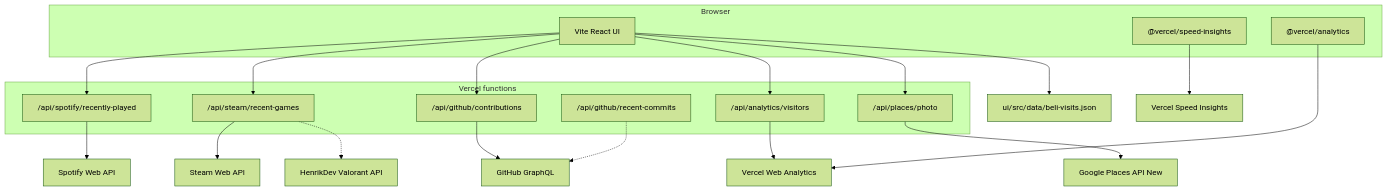
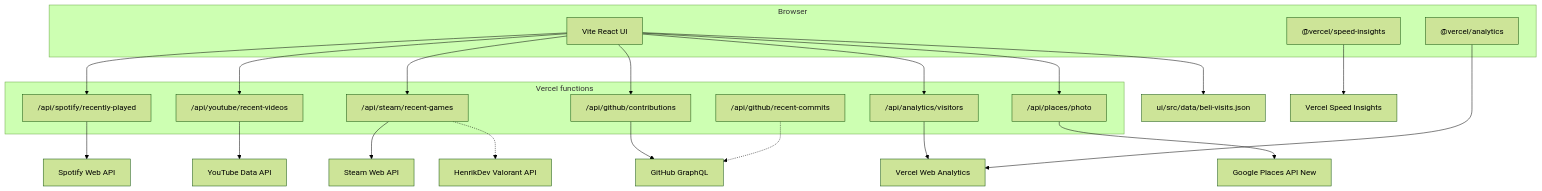
The first of 3 diagrams in README.md (DeveshKrishan/deveshkrishan.github.io), drawn with Mermaid (forest theme) before and after one commit. The commit also changed other lines of this file and 11 other files, not shown here.

Commit message:
feat: show recent YouTube uploads on the homepage

````diff
--- a/README.md
+++ b/README.md
@@ -16,30 +16,32 @@
 ```mermaid
 flowchart TB
   subgraph browser [Browser]
     UI[Vite React UI]
     Analytics["@vercel/analytics"]
     Speed["@vercel/speed-insights"]
   end
 
   subgraph vercelFns [Vercel functions]
     SpotifyAPI["/api/spotify/recently-played"]
+    YoutubeAPI["/api/youtube/recent-videos"]
     SteamAPI["/api/steam/recent-games"]
     GithubHeatmap["/api/github/contributions"]
     GithubCommits["/api/github/recent-commits"]
     VisitorsAPI["/api/analytics/visitors"]
     PlacesAPI["/api/places/photo"]
   end
 
   BeliJSON["ui/src/data/beli-visits.json"]
 
   UI --> SpotifyAPI --> Spotify[Spotify Web API]
+  UI --> YoutubeAPI --> YouTube[YouTube Data API]
   UI --> SteamAPI --> Steam[Steam Web API]
   SteamAPI -.-> HenrikDev[HenrikDev Valorant API]
   UI --> GithubHeatmap --> GitHub[GitHub GraphQL]
   GithubCommits -.-> GitHub
   UI --> VisitorsAPI --> VercelAnalytics[Vercel Web Analytics]
   UI --> BeliJSON
   UI --> PlacesAPI --> Places[Google Places API New]
   Analytics --> VercelAnalytics
   Speed --> VercelSpeed[Vercel Speed Insights]
 ```
````
